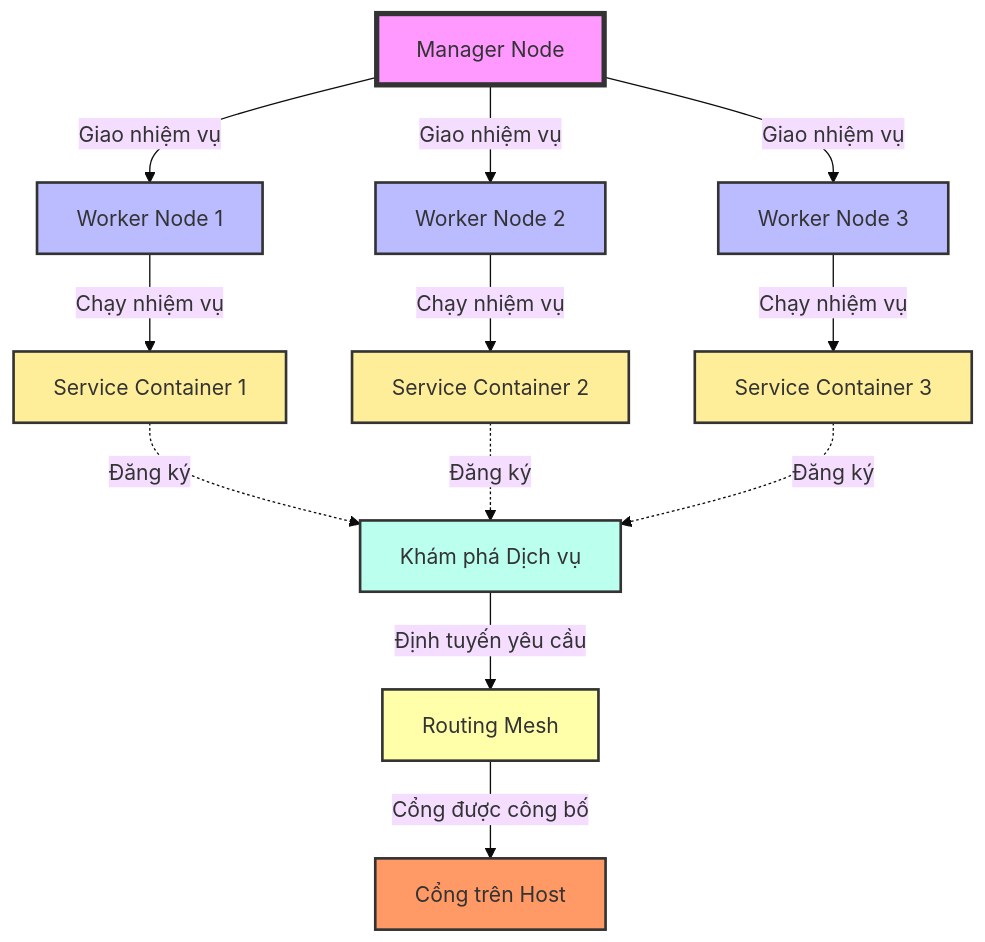
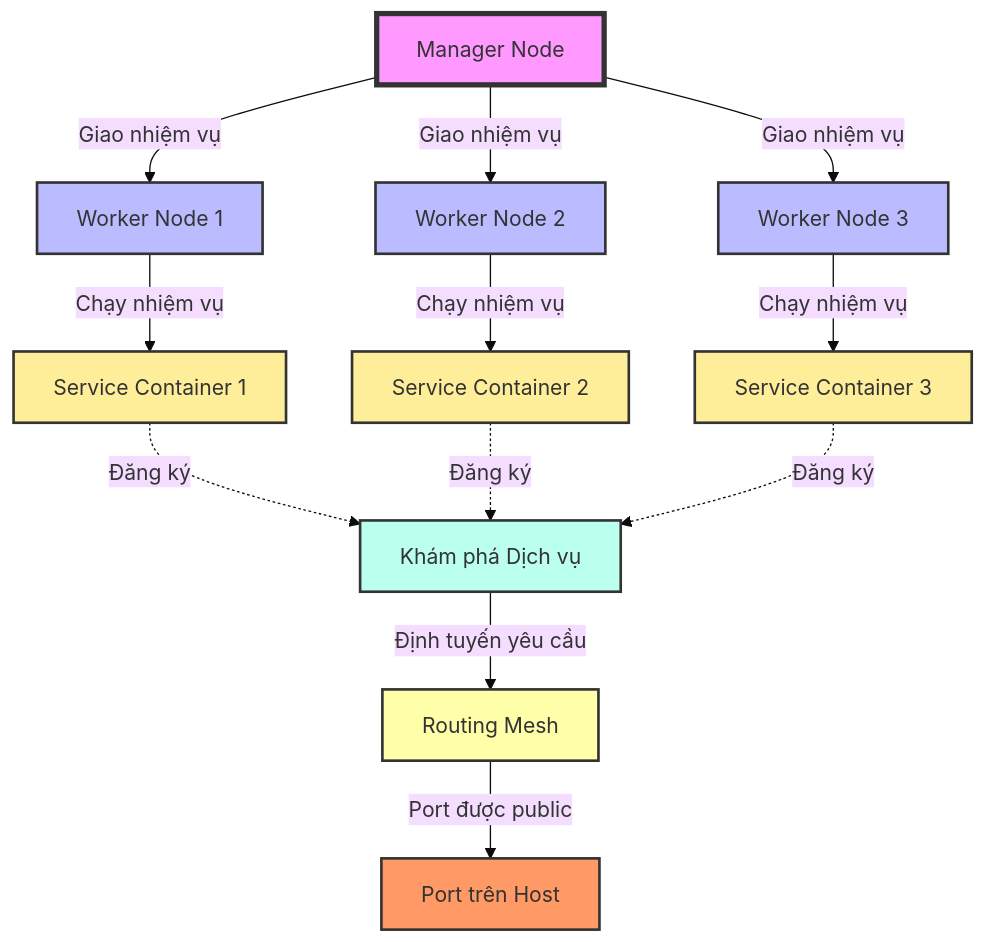
Before and after one commit to akitectio/akitect.io: the diagram in content/courses/docker-basic/docker-swarm/index.md, drawn with Mermaid (base theme). The commit also changed 10 other files, not shown here.

````diff
--- a/content/courses/docker-basic/docker-swarm/index.md
+++ b/content/courses/docker-basic/docker-swarm/index.md
@@ -22,31 +22,31 @@
 ```mermaid
 graph TD
     A[Manager Node] -->|Giao nhiệm vụ| B[Worker Node 1]
     A -->|Giao nhiệm vụ| C[Worker Node 2]
     A -->|Giao nhiệm vụ| D[Worker Node 3]
 
     B -->|Chạy nhiệm vụ| E[Service Container 1]
     C -->|Chạy nhiệm vụ| F[Service Container 2]
     D -->|Chạy nhiệm vụ| G[Service Container 3]
 
     E -.->|Đăng ký| H[Khám phá Dịch vụ]
     F -.->|Đăng ký| H
     G -.->|Đăng ký| H
 
     H -->|Định tuyến yêu cầu| I[Routing Mesh]
-    I -->|Cổng được công bố| J[Cổng trên Host]
+    I -->|Port được public| J[Port trên Host]
 
     classDef manager fill:#f9f,stroke:#333,stroke-width:4px;
     classDef worker fill:#bbf,stroke:#333,stroke-width:2px;
     classDef service fill:#fe9,stroke:#333,stroke-width:2px;
     classDef discovery fill:#bfe,stroke:#333,stroke-width:2px;
     classDef routing fill:#ffa,stroke:#333,stroke-width:2px;
     classDef published fill:#f96,stroke:#333,stroke-width:2px;
 
     class A manager;
     class B,C,D worker;
     class E,F,G service;
     class H discovery;
     class I routing;
     class J published;
 ```
````
